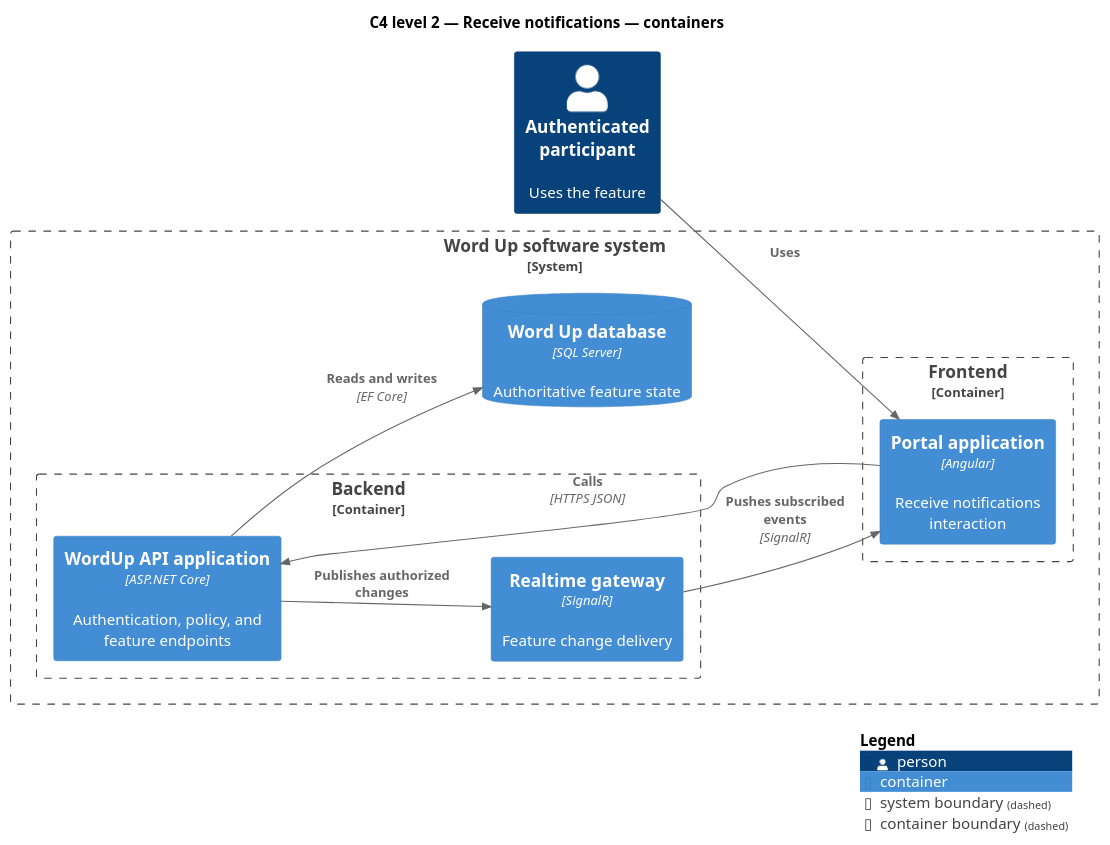
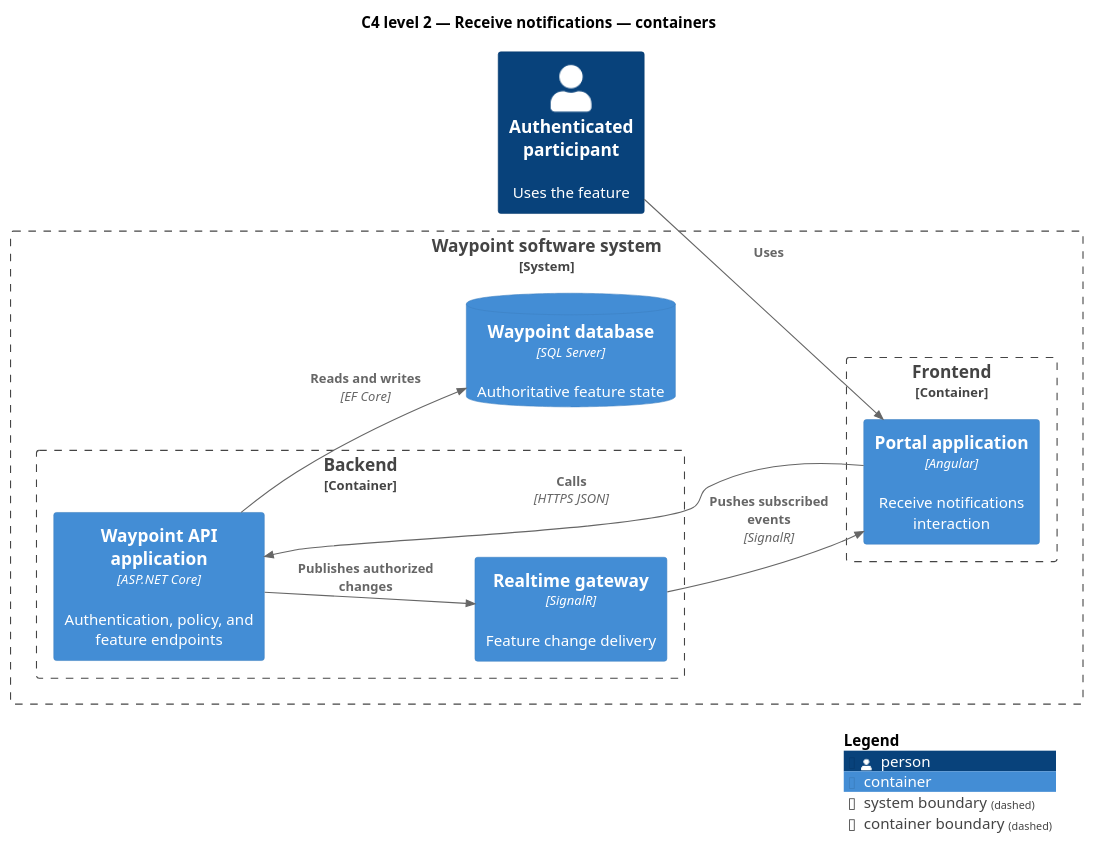
The diagram in docs/detailed-designs/engagement/receive-notifications/diagrams/c4-container.puml (QuinntyneBrown/waypoint), drawn with PlantUML before and after one commit. The commit also changed 3610 other files, not shown here.

First line of the commit message:
Rename Word Up to Waypoint across the whole repository

```diff
--- a/docs/detailed-designs/engagement/receive-notifications/diagrams/c4-container.puml
+++ b/docs/detailed-designs/engagement/receive-notifications/diagrams/c4-container.puml
@@ -1,22 +1,22 @@
 @startuml
 !include <C4/C4_Component>
 LAYOUT_LEFT_RIGHT()
 title C4 level 2 — Receive notifications — containers
 Person(primary, "Authenticated participant", "Uses the feature")
-System_Boundary(wordup, "Word Up software system") {
+System_Boundary(waypoint, "Waypoint software system") {
   Container_Boundary(frontend, "Frontend") {
     Container(app1, "Portal application", "Angular", "Receive notifications interaction")
   }
   Container_Boundary(backend, "Backend") {
-    Container(api, "WordUp API application", "ASP.NET Core", "Authentication, policy, and feature endpoints")
+    Container(api, "Waypoint API application", "ASP.NET Core", "Authentication, policy, and feature endpoints")
     Container(realtime, "Realtime gateway", "SignalR", "Feature change delivery")
   }
-  ContainerDb(db, "Word Up database", "SQL Server", "Authoritative feature state")
+  ContainerDb(db, "Waypoint database", "SQL Server", "Authoritative feature state")
 }
 Rel(primary, app1, "Uses")
 Rel(app1, api, "Calls", "HTTPS JSON")
 Rel(api, db, "Reads and writes", "EF Core")
 Rel(api, realtime, "Publishes authorized changes")
 Rel(realtime, app1, "Pushes subscribed events", "SignalR")
 SHOW_LEGEND()
 @enduml
```
